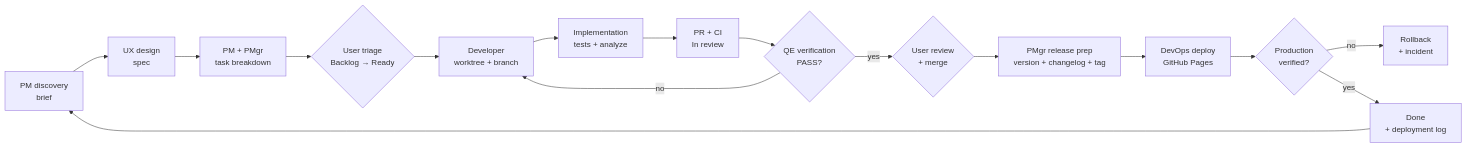
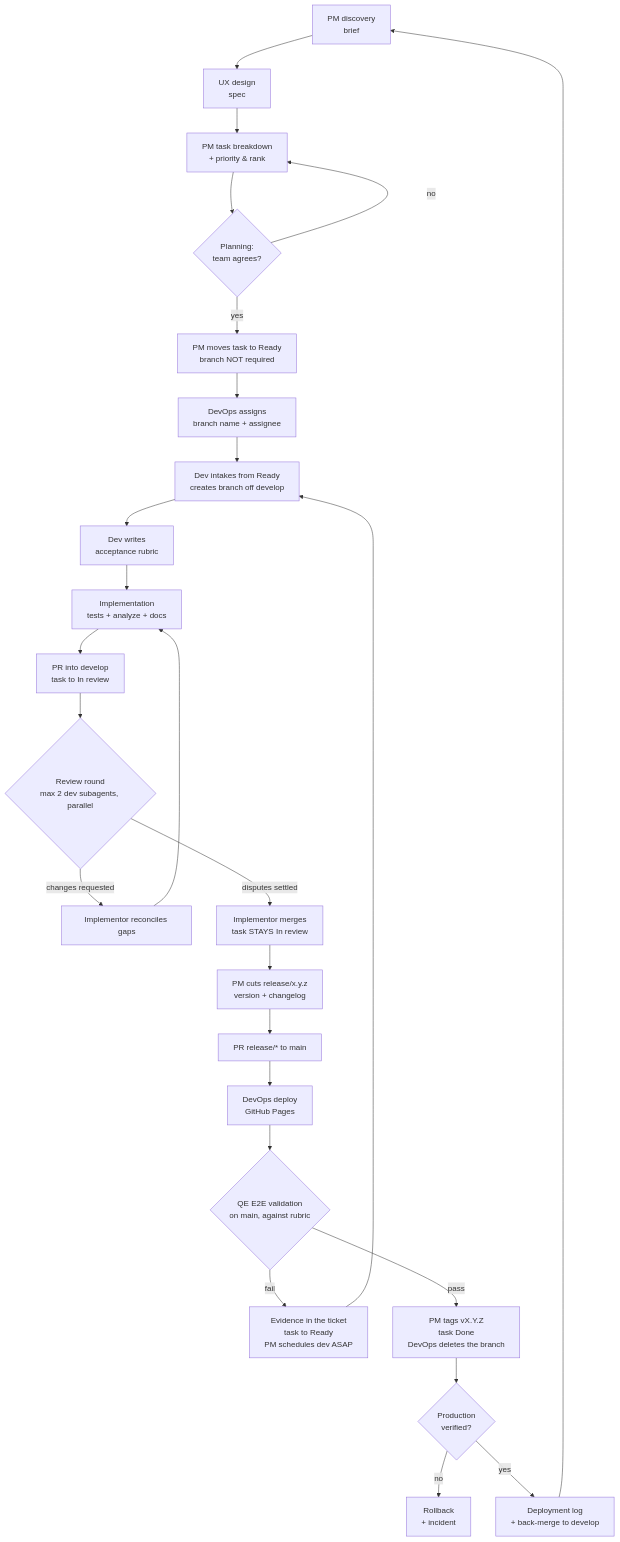
The diagram in docs/agent-team.md (y0n1/bust_a_move_clone), drawn with Mermaid before and after one commit. The commit also changed other lines of this file and 30 other files, not shown here.

First line of the commit message:
docs(board): encode the team's handoff model and validate on main (#92)

````diff
--- a/docs/agent-team.md
+++ b/docs/agent-team.md
@@ -91,18 +114,28 @@
 ```mermaid
-flowchart LR
+flowchart TD
     A[PM discovery<br/>brief] --> B[UX design<br/>spec]
-    B --> C[PM + PMgr<br/>task breakdown]
-    C --> D{User triage<br/>Backlog → Ready}
-    D --> E[Developer<br/>worktree + branch]
-    E --> F[Implementation<br/>tests + analyze]
-    F --> G[PR + CI<br/>In review]
-    G --> H{QE verification<br/>PASS?}
-    H -- no --> E
-    H -- yes --> I{User review<br/>+ merge}
-    I --> J[PMgr release prep<br/>version + changelog + tag]
-    J --> K[DevOps deploy<br/>GitHub Pages]
-    K --> L{Production<br/>verified?}
-    L -- no --> M[Rollback<br/>+ incident]
-    L -- yes --> N[Done<br/>+ deployment log]
-    N --> A
+    B --> C[PM task breakdown<br/>+ priority & rank]
+    C --> D{Planning:<br/>team agrees?}
+    D -- no --> C
+    D -- yes --> E[PM moves task to Ready<br/>branch NOT required]
+    E --> F[DevOps assigns<br/>branch name + assignee]
+    F --> G[Dev intakes from Ready<br/>creates branch off develop]
+    G --> H[Dev writes<br/>acceptance rubric]
+    H --> I[Implementation<br/>tests + analyze + docs]
+    I --> J[PR into develop<br/>task to In review]
+    J --> K{Review round<br/>max 2 dev subagents, parallel}
+    K -- changes requested --> L[Implementor reconciles gaps]
+    L --> I
+    K -- disputes settled --> M[Implementor merges<br/>task STAYS In review]
+    M --> N[PM cuts release/x.y.z<br/>version + changelog]
+    N --> O[PR release/* to main]
+    O --> P[DevOps deploy<br/>GitHub Pages]
+    P --> Q{QE E2E validation<br/>on main, against rubric}
+    Q -- fail --> R[Evidence in the ticket<br/>task to Ready<br/>PM schedules dev ASAP]
+    R --> G
+    Q -- pass --> S[PM tags vX.Y.Z<br/>task Done<br/>DevOps deletes the branch]
+    S --> T{Production<br/>verified?}
+    T -- no --> U[Rollback<br/>+ incident]
+    T -- yes --> V[Deployment log<br/>+ back-merge to develop]
+    V --> A
 ```
````
